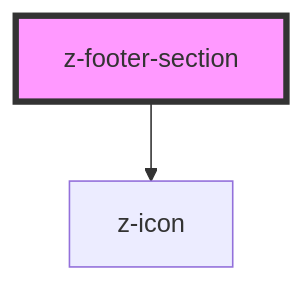
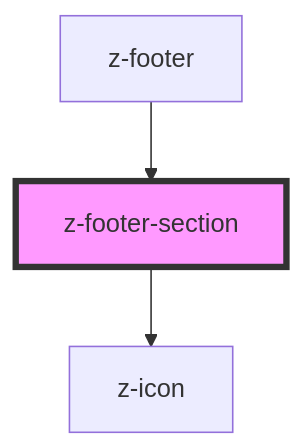
Before and after one commit to ZanichelliEditore/design-system: the diagram in src/components/footer/z-footer-section/readme.md, drawn with Mermaid. The commit also changed other lines of this file and 7 other files, not shown here.

````diff
--- a/src/components/footer/z-footer-section/readme.md
+++ b/src/components/footer/z-footer-section/readme.md
@@ -29,5 +33,6 @@
 ```mermaid
 graph TD;
   z-footer-section --> z-icon
+  z-footer --> z-footer-section
   style z-footer-section fill:#f9f,stroke:#333,stroke-width:4px
 ```
````
